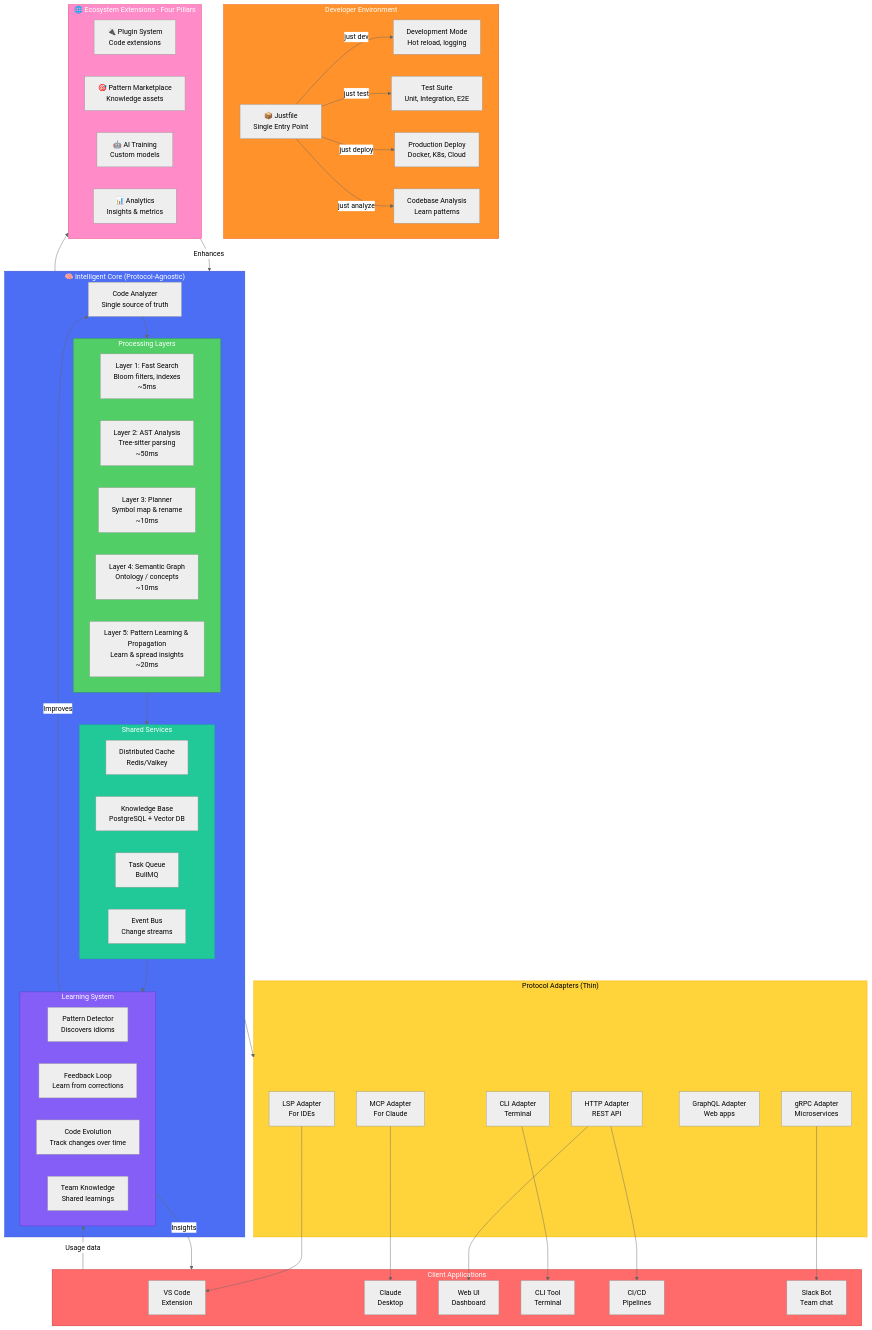
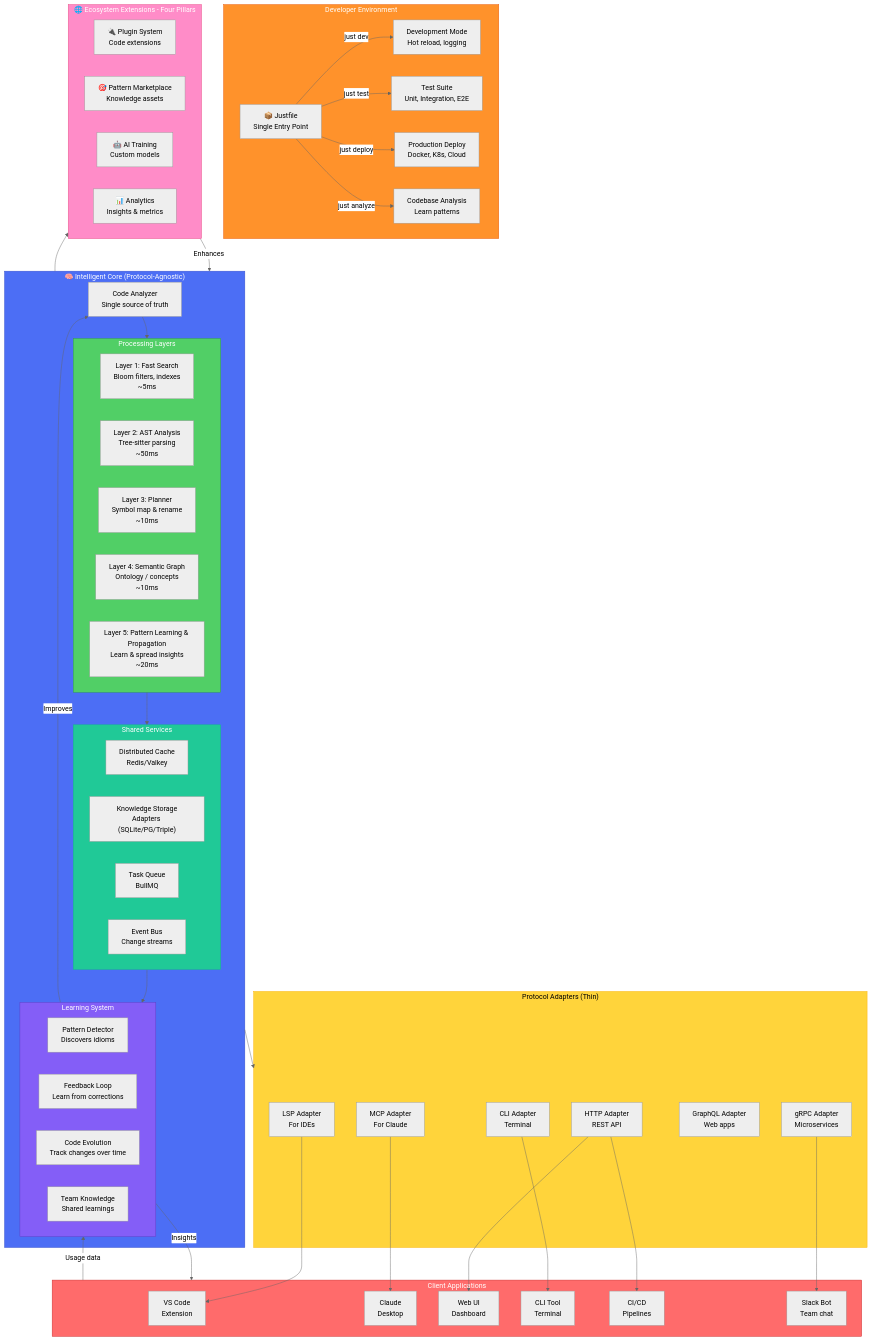
Before and after one commit to lightningRalf/ontology-lsp: the diagram in VISION.md, drawn with Mermaid (neutral theme). The commit also changed other lines of this file and 2 other files, not shown here.

First line of the commit message:
📝 docs(vision): merge storage/observability roadmap

```diff
--- a/VISION.md
+++ b/VISION.md
@@ -37,7 +37,7 @@
     
     subgraph SHARED["Shared Services"]
       CACHE["Distributed Cache<br/>Redis/Valkey"]
-      DB["Knowledge Base<br/>PostgreSQL + Vector DB"]
+      DB["Knowledge Storage<br/>Adapters (SQLite/PG/Triple)"]
       QUEUE["Task Queue<br/>BullMQ"]
       EVENTS["Event Bus<br/>Change streams"]
     end
```
